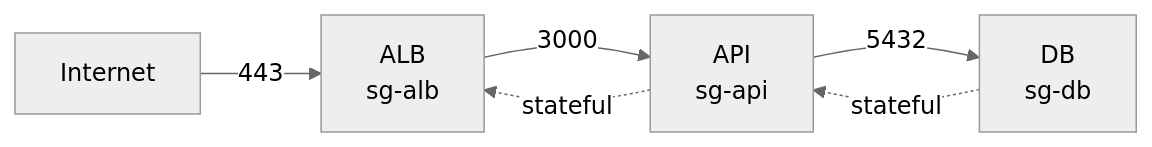
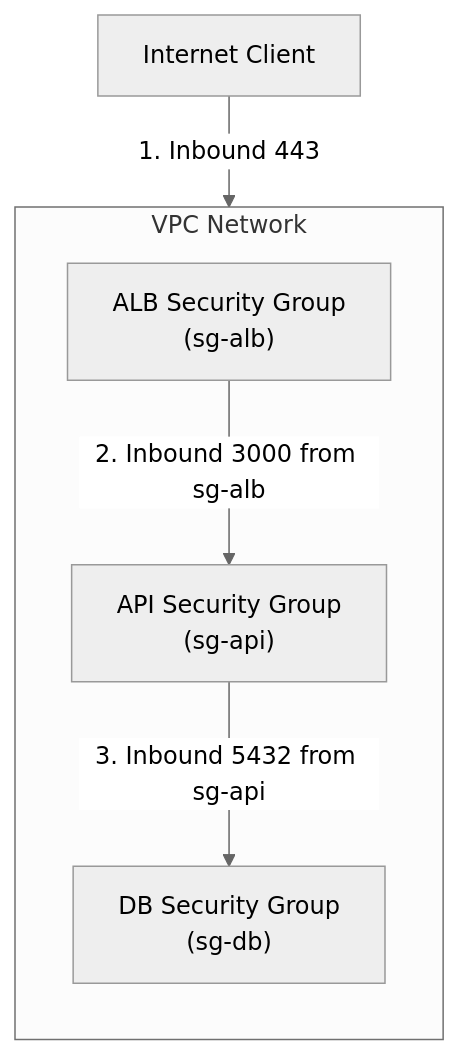
Before and after one commit to senlinyy/dev-roadmaps: the second of 3 diagrams in cloud-providers/aws/networking-connectivity/02-security-groups-vs-nacls.md, drawn with Mermaid (neutral theme). The commit also changed other lines of this file and 58 other files, not shown here.

````diff
--- a/cloud-providers/aws/networking-connectivity/02-security-groups-vs-nacls.md
+++ b/cloud-providers/aws/networking-connectivity/02-security-groups-vs-nacls.md
@@ -169,8 +99,12 @@
 ```mermaid
-flowchart LR
-    INTERNET["Internet"] -->|"443"| ALB["ALB<br/>sg-alb"]
-    ALB -->|"3000"| API["API<br/>sg-api"]
-    API -->|"5432"| DB["DB<br/>sg-db"]
-    API -. "stateful" .-> ALB
-    DB -. "stateful" .-> API
+flowchart TD
+    subgraph VPCBoundary["VPC Network"]
+        direction TB
+        ALBGroup["ALB Security Group<br/>(sg-alb)"]
+        ApiGroup["API Security Group<br/>(sg-api)"]
+        DbGroup["DB Security Group<br/>(sg-db)"]
+    end
+    Internet["Internet Client"] -->|1. Inbound 443| ALBGroup
+    ALBGroup -->|2. Inbound 3000 from sg-alb| ApiGroup
+    ApiGroup -->|3. Inbound 5432 from sg-api| DbGroup
 ```
````
